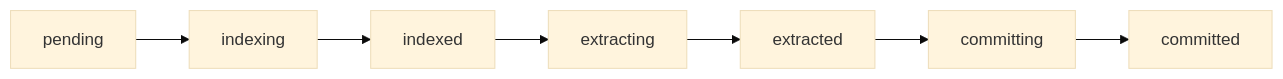
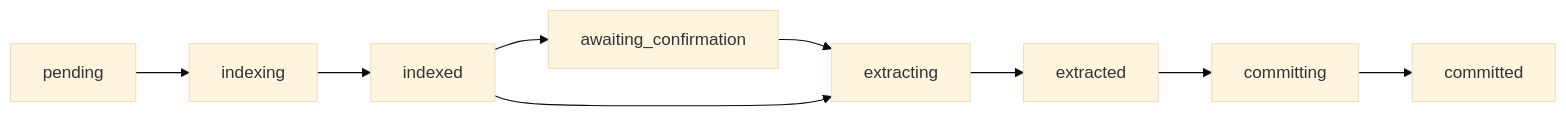
One commit to chaoscypherinc/chaoscypher changed the second of 2 diagrams in packages/docs/docs/developer-guide/extraction-pipeline.md. Above: the diagram before and after it, drawn with Mermaid (base theme). The commit also changed other lines of this file and 395 other files, not shown here.

````diff
--- a/packages/docs/docs/developer-guide/extraction-pipeline.md
+++ b/packages/docs/docs/developer-guide/extraction-pipeline.md
@@ -291,9 +291,11 @@
 ```mermaid
 graph LR
     A[pending] --> B[indexing]
     B --> C[indexed]
-    C --> D[extracting]
+    C --> H[awaiting_confirmation]
+    H --> D[extracting]
+    C --> D
     D --> E[extracted]
     E --> F[committing]
     F --> G[committed]
 ```
````
